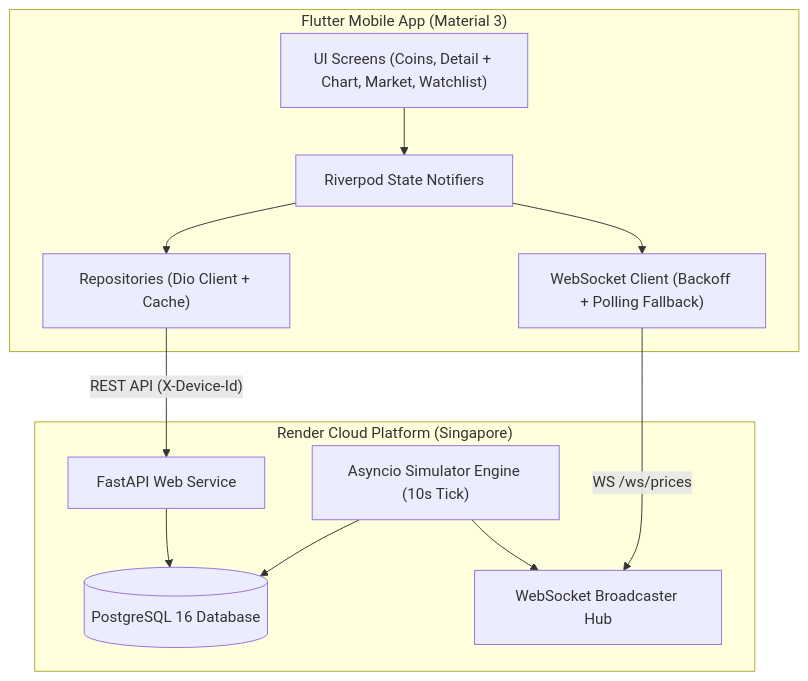
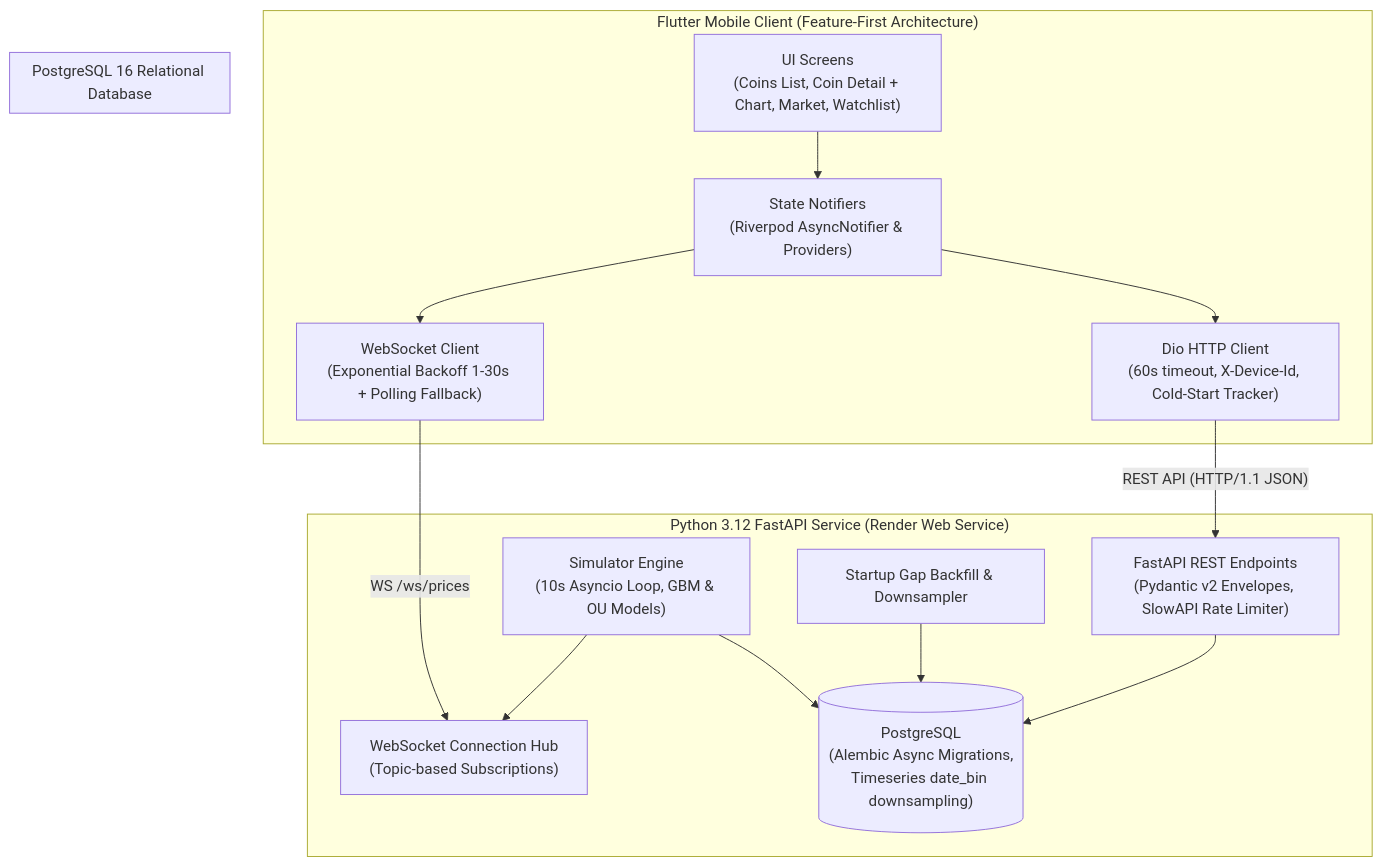
One commit to mohanraj-devalpha/Mini-CryptoGecko changed the first of 2 diagrams in README.md. Above: the diagram before and after it, drawn with Mermaid. The commit also changed other lines of this file, not shown here.

Commit message:
docs: complete comprehensive system architecture, ER diagrams, simulator math, and API specification in README

````diff
--- a/README.md
+++ b/README.md
@@ -9,26 +25,32 @@
 ```mermaid
 flowchart TD
-    subgraph Client ["Flutter Mobile App (Material 3)"]
-        UI["UI Screens (Coins, Detail + Chart, Market, Watchlist)"]
-        State["Riverpod State Notifiers"]
-        Repo["Repositories (Dio Client + Cache)"]
-        WSClient["WebSocket Client (Backoff + Polling Fallback)"]
-        UI --> State
-        State --> Repo
-        State --> WSClient
+    subgraph Client ["Flutter Mobile Client (Feature-First Architecture)"]
+        UI["UI Screens\n(Coins List, Coin Detail + Chart, Market, Watchlist)"]
+        Notifiers["State Notifiers\n(Riverpod AsyncNotifier & Providers)"]
+        DioClient["Dio HTTP Client\n(60s timeout, X-Device-Id, Cold-Start Tracker)"]
+        WSClient["WebSocket Client\n(Exponential Backoff 1-30s + Polling Fallback)"]
+
+        UI --> Notifiers
+        Notifiers --> DioClient
+        Notifiers --> WSClient
     end
 
-    subgraph Cloud ["Render Cloud Platform (Singapore)"]
-        FastAPI["FastAPI Web Service"]
-        Sim["Asyncio Simulator Engine (10s Tick)"]
-        WSHub["WebSocket Broadcaster Hub"]
-        PG[("PostgreSQL 16 Database")]
+    subgraph Backend ["Python 3.12 FastAPI Service (Render Web Service)"]
+        Router["FastAPI REST Endpoints\n(Pydantic v2 Envelopes, SlowAPI Rate Limiter)"]
+        WSHub["WebSocket Connection Hub\n(Topic-based Subscriptions)"]
+        SimEngine["Simulator Engine\n(10s Asyncio Loop, GBM & OU Models)"]
+        Backfill["Startup Gap Backfill & Downsampler"]
         
-        FastAPI --> PG
-        Sim --> PG
-        Sim --> WSHub
+        Router --> PG
+        SimEngine --> PG
+        SimEngine --> WSHub
+        Backfill --> PG
     end
 
-    Repo -- "REST API (X-Device-Id)" --> FastAPI
+    subgraph DB ["PostgreSQL 16 Relational Database"]
+        PG[("PostgreSQL\n(Alembic Async Migrations,\nTimeseries date_bin downsampling)")]
+    end
+
+    DioClient -- "REST API (HTTP/1.1 JSON)" --> Router
     WSClient -- "WS /ws/prices" --> WSHub
 ```
````
